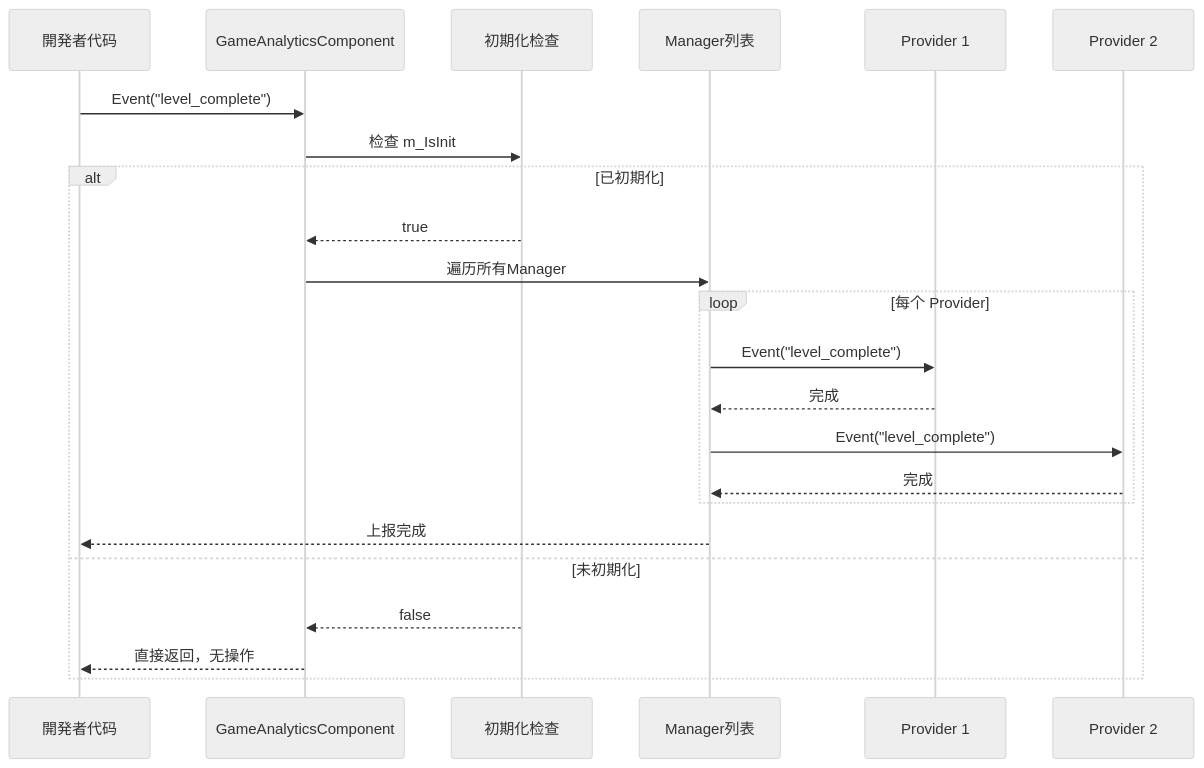
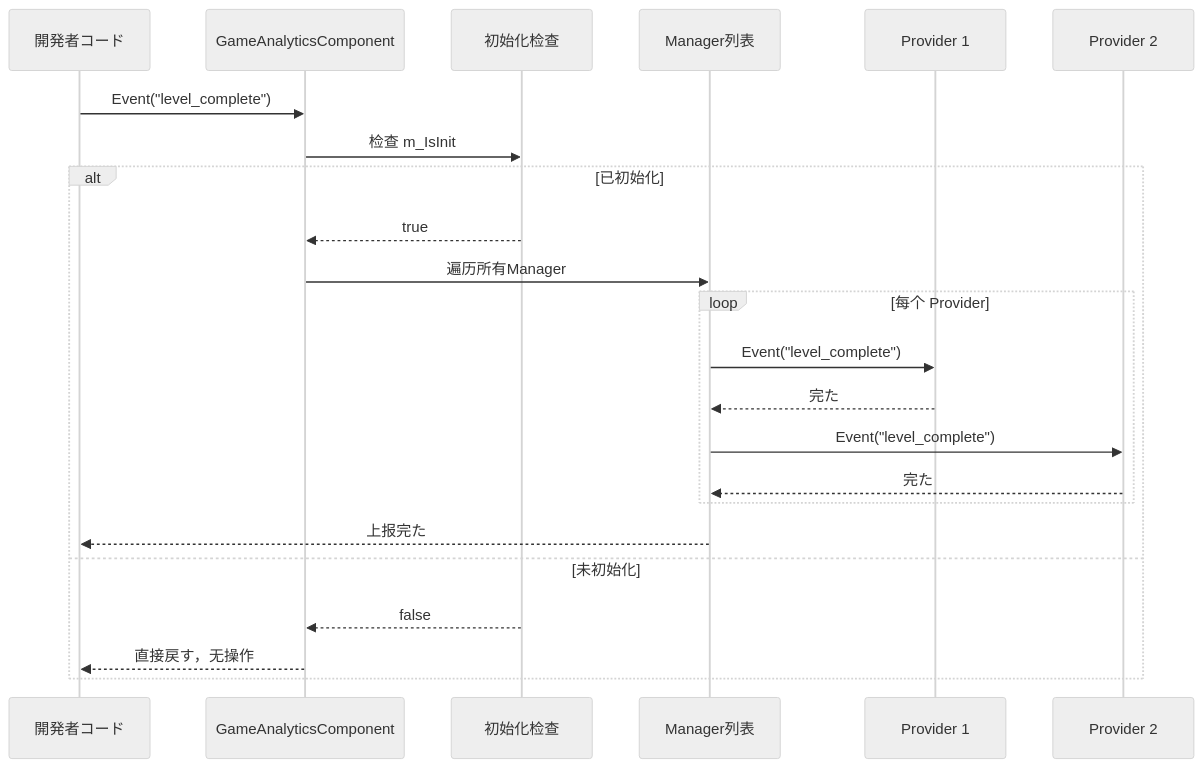
One commit to AlianBlank/GameFrameX.Docs changed the second of 2 diagrams in docs/ja/client/unity/component/gameanalytics/03.getting-started.md. Above: the diagram before and after it, drawn with Mermaid (neutral theme). The commit also changed other lines of this file and 320 other files, not shown here.

````diff
--- a/docs/ja/client/unity/component/gameanalytics/03.getting-started.md
+++ b/docs/ja/client/unity/component/gameanalytics/03.getting-started.md
@@ -77,26 +77,26 @@
 ```mermaid
 sequenceDiagram
-    participant Dev as 開発者代码
+    participant Dev as 開発者コード
     participant GAC as GameAnalyticsComponent
-    participant Init as 初期化检查
+    participant Init as 初始化检查
     participant Mgr as Manager列表
     participant P1 as Provider 1
     participant P2 as Provider 2
 
     Dev->>GAC: Event("level_complete")
     GAC->>Init: 检查 m_IsInit
-    alt 已初期化
+    alt 已初始化
         Init-->>GAC: true
         GAC->>Mgr: 遍历所有Manager
         loop 每个 Provider
             Mgr->>P1: Event("level_complete")
-            P1-->>Mgr: 完成
+            P1-->>Mgr: 完た
             Mgr->>P2: Event("level_complete")
-            P2-->>Mgr: 完成
+            P2-->>Mgr: 完た
         end
-        Mgr-->>Dev: 上报完成
-    else 未初期化
+        Mgr-->>Dev: 上报完た
+    else 未初始化
         Init-->>GAC: false
-        GAC-->>Dev: 直接返回，无操作
+        GAC-->>Dev: 直接戻す，无操作
     end
 ```
````
